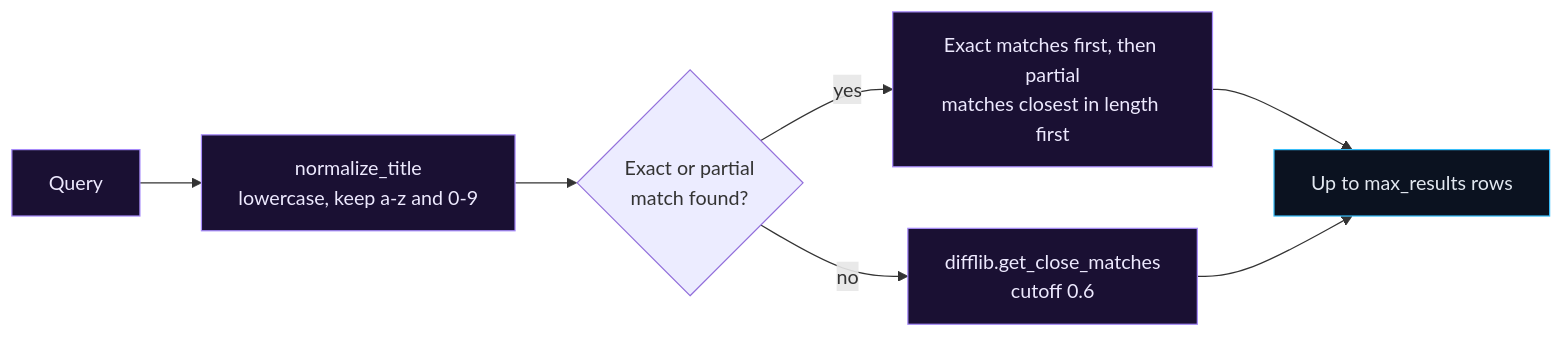
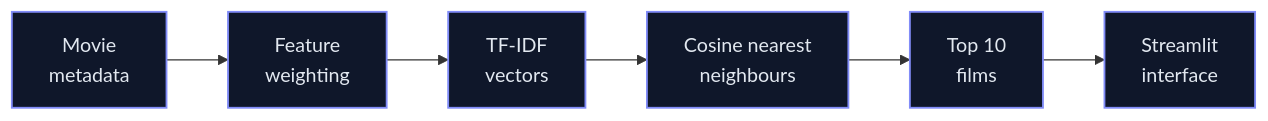
One commit to Pankaj-Jhajhria/Movie-Recommendation-System-FilmSense- changed the diagram in README.md. Above: the diagram before and after it, drawn with Mermaid. The commit also changed other lines of this file and 3 other files, not shown here.

````diff
--- a/README.md
+++ b/README.md
@@ -289,12 +43,5 @@
 ```mermaid
 flowchart LR
-    classDef step fill:#1a1033,stroke:#a78bfa,color:#ede9fe
-    classDef out fill:#0b1220,stroke:#38bdf8,color:#e2e8f0
-
-    Q["Query"]:::step --> N["normalize_title<br/>lowercase, keep a-z and 0-9"]:::step
-    N --> E{"Exact or partial<br/>match found?"}
-    E -- yes --> R1["Exact matches first, then partial<br/>matches closest in length first"]:::step
-    E -- no --> F["difflib.get_close_matches<br/>cutoff 0.6"]:::step
-    R1 --> OUT["Up to max_results rows"]:::out
-    F --> OUT
+    classDef step fill:#0f172a,stroke:#818cf8,stroke-width:1.5px,color:#e2e8f0
+    A["Movie<br/>metadata"]:::step --> B["Feature<br/>weighting"]:::step --> C["TF-IDF<br/>vectors"]:::step --> D["Cosine nearest<br/>neighbours"]:::step --> E["Top 10<br/>films"]:::step --> F["Streamlit<br/>interface"]:::step
 ```
````
